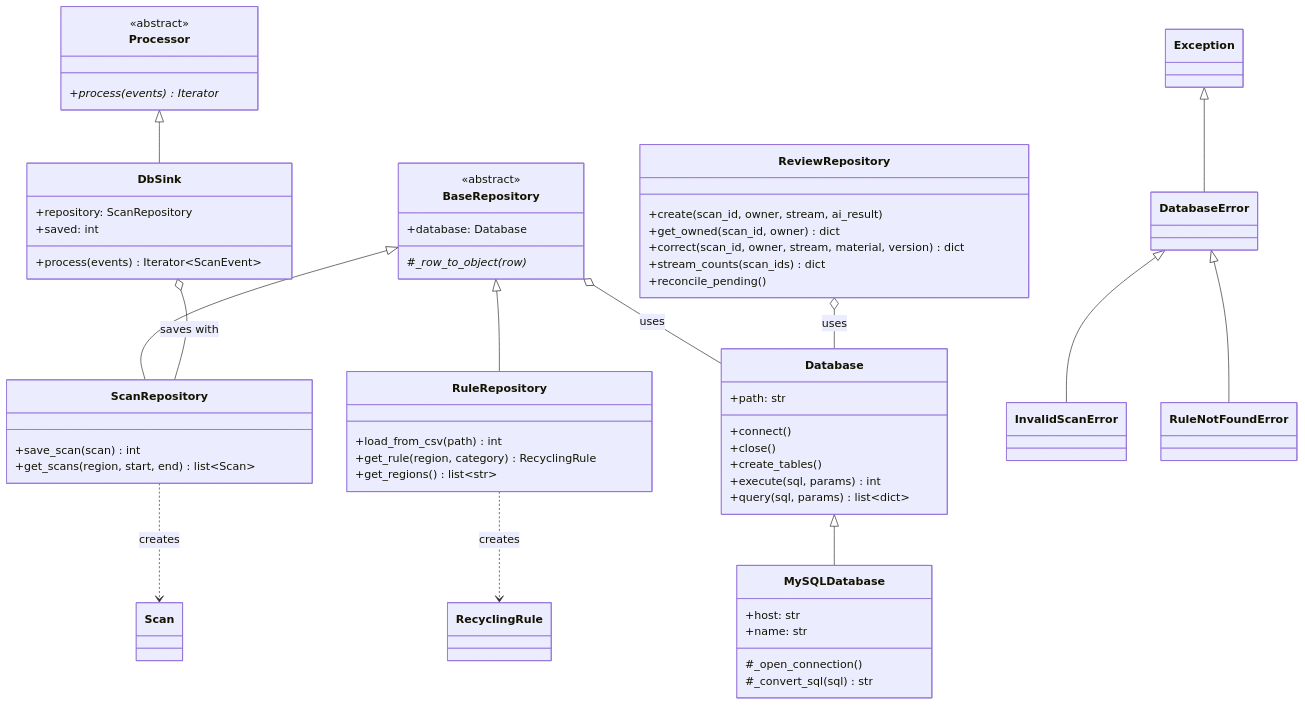
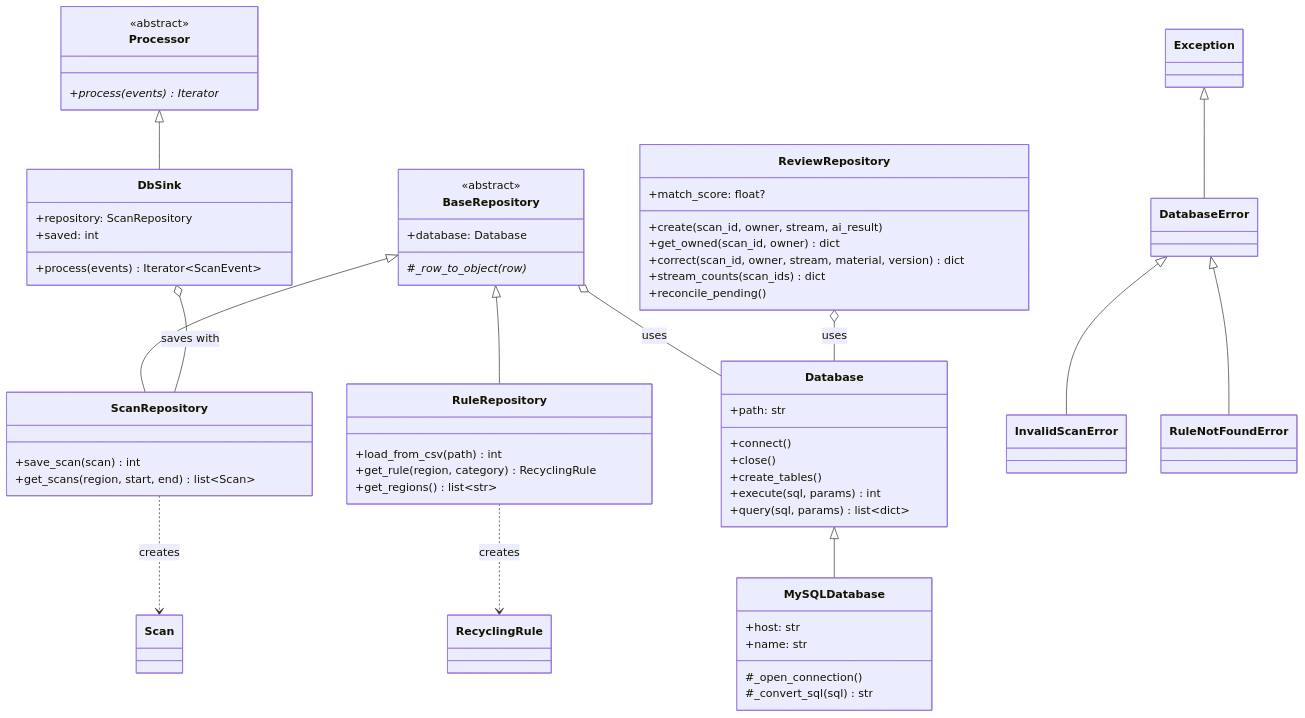
The seventh of 11 diagrams in README.md (Timmyy3000/waste-sorting-assistant), drawn with Mermaid before and after one commit. The commit also changed other lines of this file and 13 other files, not shown here.

````diff
--- a/README.md
+++ b/README.md
@@ -391,65 +406,66 @@
 ```mermaid
 classDiagram
     direction TB
     class Scan
     class RecyclingRule
     class Database {
         +path: str
         +connect()
         +close()
         +create_tables()
         +execute(sql, params) int
         +query(sql, params) list~dict~
     }
     class MySQLDatabase {
         +host: str
         +name: str
         #_open_connection()
         #_convert_sql(sql) str
     }
     class BaseRepository {
         <<abstract>>
         +database: Database
         #_row_to_object(row)*
     }
     class ScanRepository {
         +save_scan(scan) int
         +get_scans(region, start, end) list~Scan~
     }
     class RuleRepository {
         +load_from_csv(path) int
         +get_rule(region, category) RecyclingRule
         +get_regions() list~str~
     }
     class ReviewRepository {
         +create(scan_id, owner, stream, ai_result)
         +get_owned(scan_id, owner) dict
         +correct(scan_id, owner, stream, material, version) dict
         +stream_counts(scan_ids) dict
         +reconcile_pending()
+        +match_score: float?
     }
     class Processor {
         <<abstract>>
         +process(events)* Iterator
     }
     class DbSink {
         +repository: ScanRepository
         +saved: int
         +process(events) Iterator~ScanEvent~
     }
     class DatabaseError
     class InvalidScanError
     class RuleNotFoundError
     Database <|-- MySQLDatabase
     BaseRepository <|-- ScanRepository
     BaseRepository <|-- RuleRepository
     Processor <|-- DbSink
     Exception <|-- DatabaseError
     DatabaseError <|-- InvalidScanError
     DatabaseError <|-- RuleNotFoundError
     BaseRepository o-- Database : uses
     ReviewRepository o-- Database : uses
     DbSink o-- ScanRepository : saves with
     ScanRepository ..> Scan : creates
     RuleRepository ..> RecyclingRule : creates
 ```
````
